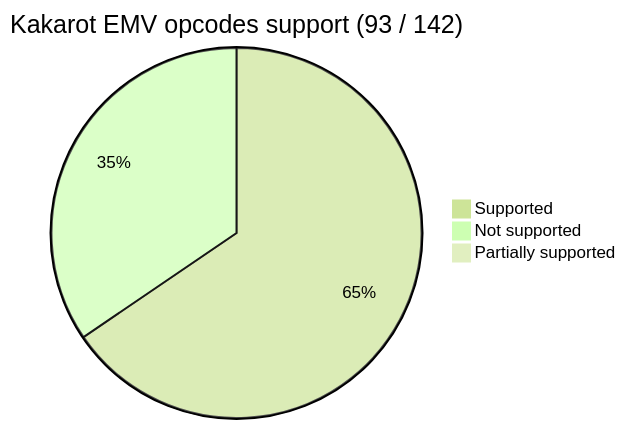
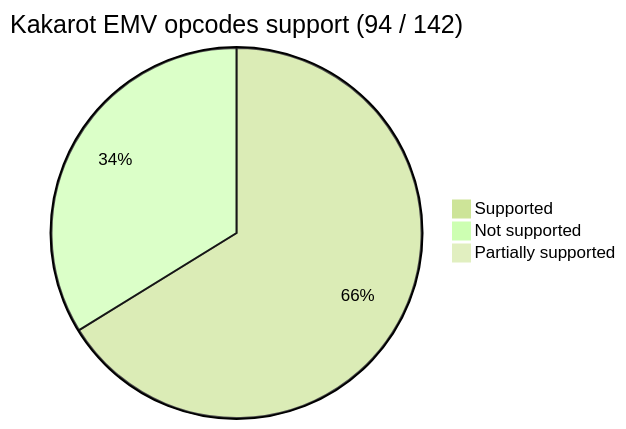
Before and after one commit to kkrt-labs/kakarot: the first of 2 diagrams in README.md, drawn with Mermaid. The commit also changed 1 other file, not shown here.

````diff
--- a/README.md
+++ b/README.md
@@ -40,8 +40,8 @@
 ```mermaid
 %%{init: {'theme': 'forest', 'themeVariables': { 'darkMode': 'false'}}}%%
-pie title Kakarot EMV opcodes support (93 / 142)
-    "Supported" : 93
-    "Not supported" : 49
+pie title Kakarot EMV opcodes support (94 / 142)
+    "Supported" : 94
+    "Not supported" : 48
 
     "Partially supported" : 0
 ```
````
